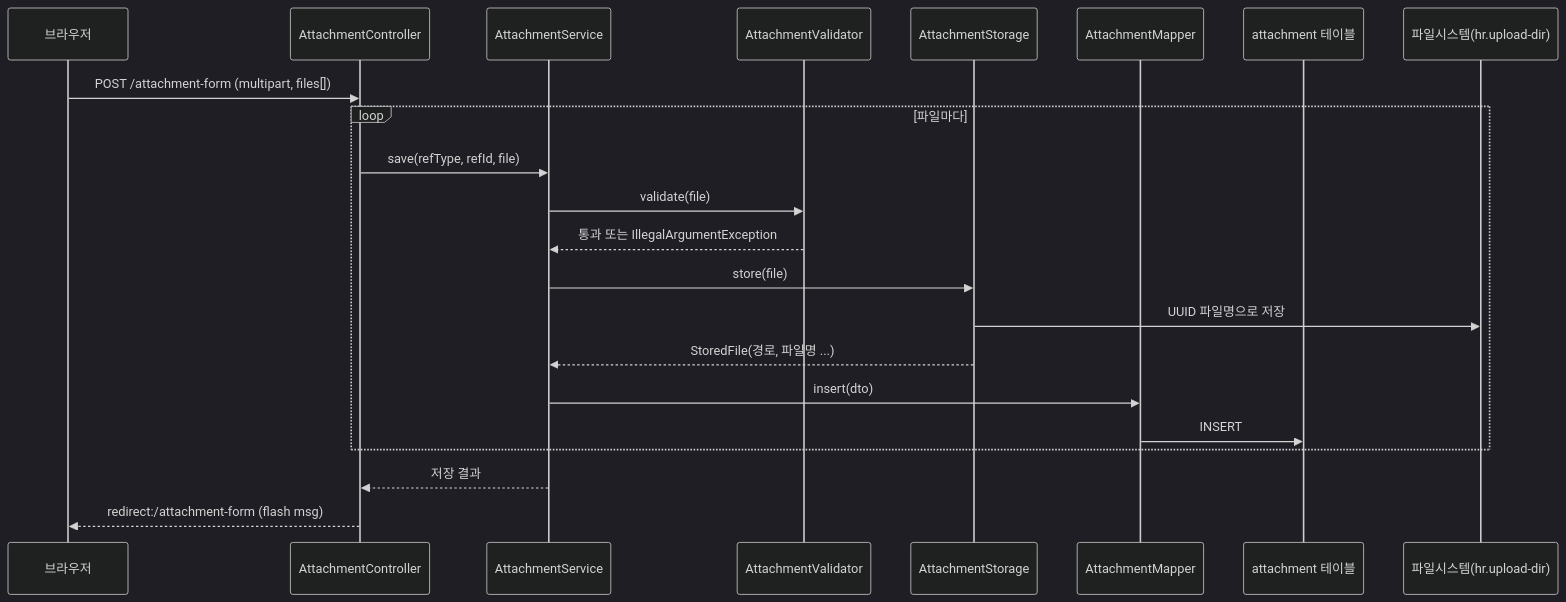
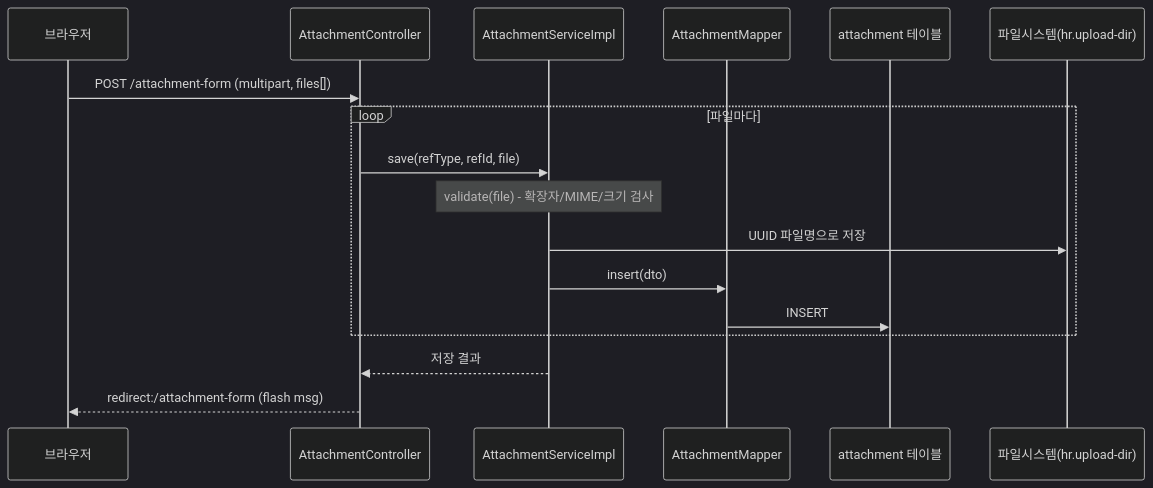
One commit to misun-oh/backend changed the third of 4 diagrams in 교안/3. 스프링/17. 파일 업로드와 다운로드/1_첨부파일_공통설계.md. Above: the diagram before and after it, drawn with Mermaid (dark theme). The commit also changed other lines of this file and 2 other files, not shown here.

````diff
--- a/교안/3. 스프링/17. 파일 업로드와 다운로드/1_첨부파일_공통설계.md
+++ b/교안/3. 스프링/17. 파일 업로드와 다운로드/1_첨부파일_공통설계.md
@@ -340,25 +394,20 @@
 ```mermaid
 sequenceDiagram
     participant B as 브라우저
     participant C as AttachmentController
-    participant S as AttachmentService
-    participant V as AttachmentValidator
-    participant ST as AttachmentStorage
+    participant S as AttachmentServiceImpl
     participant M as AttachmentMapper
     participant DB as attachment 테이블
     participant FS as 파일시스템(hr.upload-dir)
 
     B->>C: POST /attachment-form (multipart, files[])
     loop 파일마다
         C->>S: save(refType, refId, file)
-        S->>V: validate(file)
-        V-->>S: 통과 또는 IllegalArgumentException
-        S->>ST: store(file)
-        ST->>FS: UUID 파일명으로 저장
-        ST-->>S: StoredFile(경로, 파일명 ...)
+        Note over S: validate(file) - 확장자/MIME/크기 검사
+        S->>FS: UUID 파일명으로 저장
         S->>M: insert(dto)
         M->>DB: INSERT
     end
     S-->>C: 저장 결과
     C-->>B: redirect:/attachment-form (flash msg)
 ```
````
